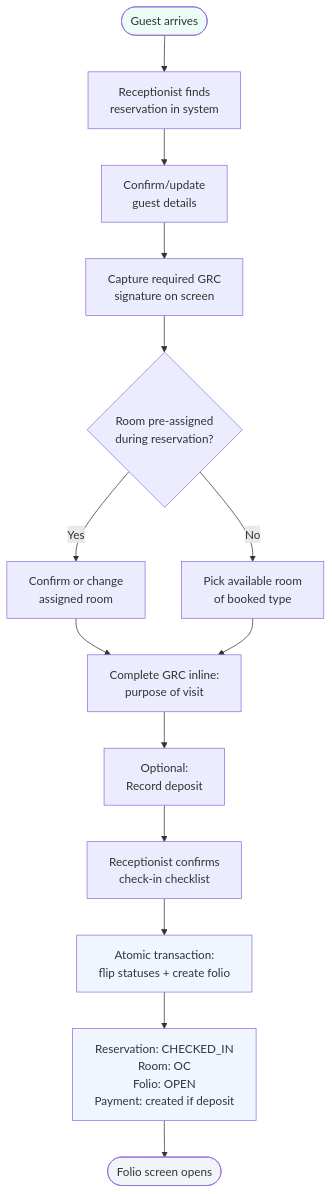
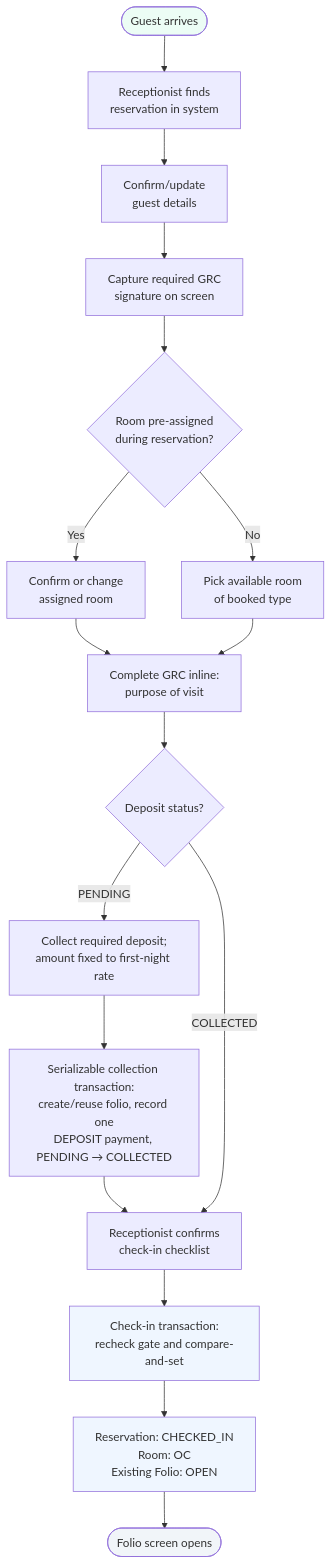
One commit to nurmareko/zadd-hotel-pms changed the third of 9 diagrams in docs/business_process_mvp.md. Above: the diagram before and after it, drawn with Mermaid. The commit also changed other lines of this file and 11 other files, not shown here.

````diff
--- a/docs/business_process_mvp.md
+++ b/docs/business_process_mvp.md
@@ -70,21 +71,24 @@
 ```mermaid
 flowchart TD
     A([Guest arrives]) --> B[Receptionist finds<br/>reservation in system]
     B --> C[Confirm/update<br/>guest details]
     C --> D[Capture required GRC<br/>signature on screen]
     D --> E{Room pre-assigned<br/>during reservation?}
     E -->|Yes| F[Confirm or change<br/>assigned room]
     E -->|No| G[Pick available room<br/>of booked type]
     F --> H[Complete GRC inline:<br/>purpose of visit]
     G --> H
-    H --> I[Optional:<br/>Record deposit]
-    I --> J[Receptionist confirms<br/>check-in checklist]
-    J --> K[Atomic transaction:<br/>flip statuses + create folio]
-    K --> L[Reservation: CHECKED_IN<br/>Room: OC<br/>Folio: OPEN<br/>Payment: created if deposit]
+    H --> I{Deposit status?}
+    I -->|PENDING| P[Collect required deposit;<br/>amount fixed to first-night rate]
+    P --> Q[Serializable collection transaction:<br/>create/reuse folio, record one<br/>DEPOSIT payment, PENDING → COLLECTED]
+    Q --> J[Receptionist confirms<br/>check-in checklist]
+    I -->|COLLECTED| J
+    J --> K[Check-in transaction:<br/>recheck gate and compare-and-set]
+    K --> L[Reservation: CHECKED_IN<br/>Room: OC<br/>Existing Folio: OPEN]
     L --> M([Folio screen opens])
 
     style A fill:#ecfdf5
     style K fill:#eff6ff
     style L fill:#eff6ff
     style M fill:#f1f5f9
 ```
````
